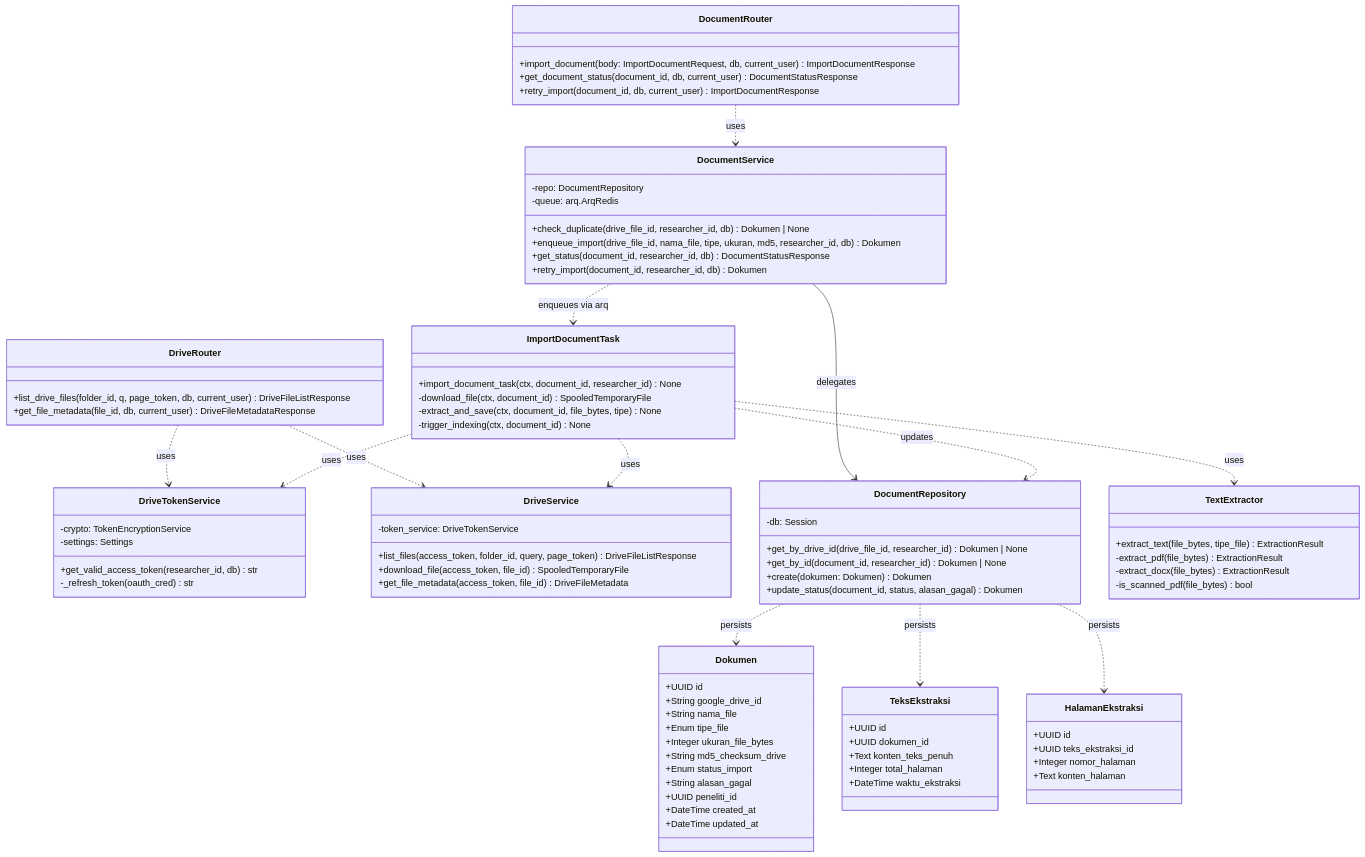
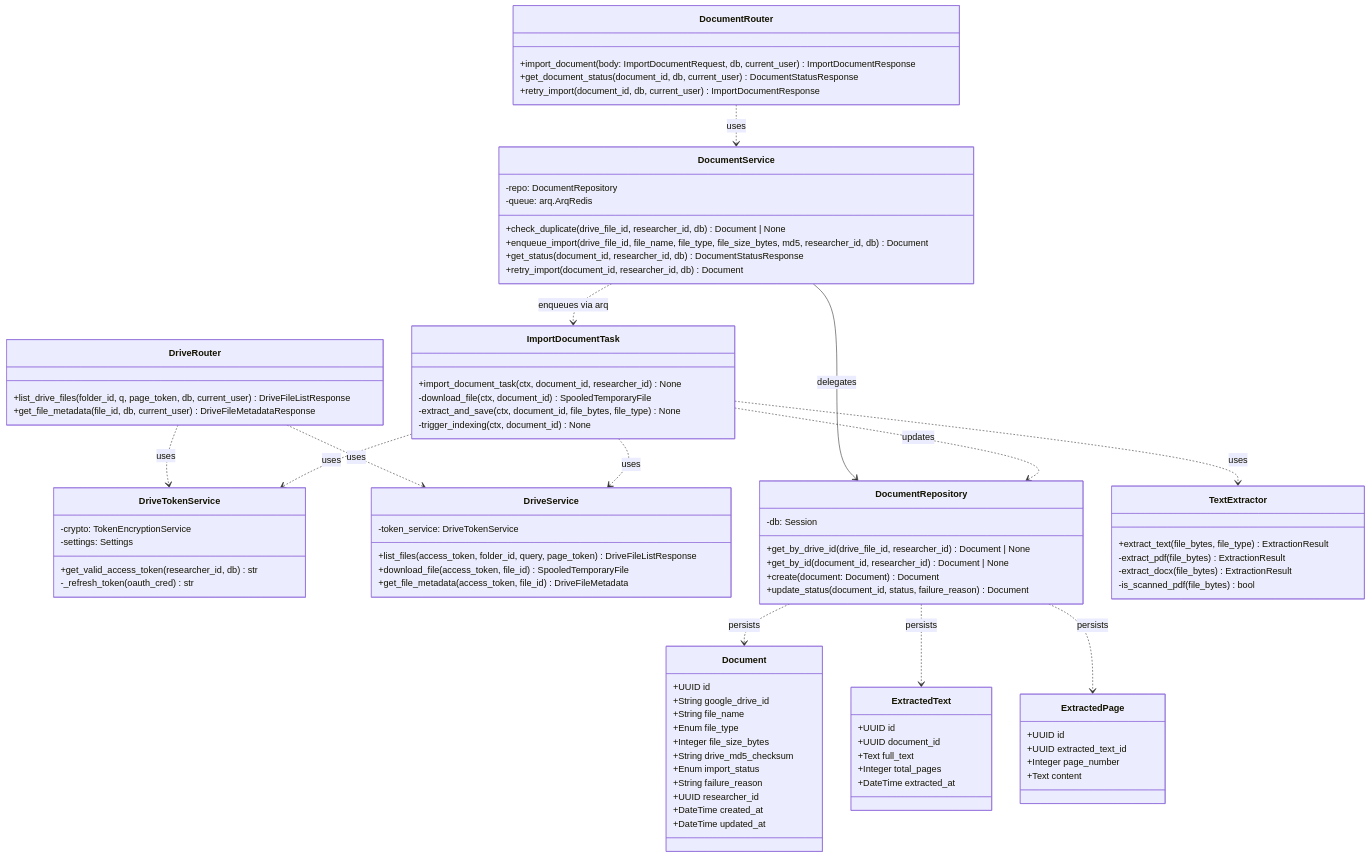
Before and after one commit to Gzaa19/Telaah: the sixth of 6 diagrams in specs/002-drive-document-import/plan.md, drawn with Mermaid. The commit also changed other lines of this file and 5 other files, not shown here.

First line of the commit message:
refactor(specs): standardize UC-02 database models, diagrams, and API contracts to English

````diff
--- a/specs/002-drive-document-import/plan.md
+++ b/specs/002-drive-document-import/plan.md
@@ -328,22 +328,22 @@
     class DocumentService {
         -repo: DocumentRepository
         -queue: arq.ArqRedis
-        +check_duplicate(drive_file_id, researcher_id, db) Dokumen | None
-        +enqueue_import(drive_file_id, nama_file, tipe, ukuran, md5, researcher_id, db) Dokumen
+        +check_duplicate(drive_file_id, researcher_id, db) Document | None
+        +enqueue_import(drive_file_id, file_name, file_type, file_size_bytes, md5, researcher_id, db) Document
         +get_status(document_id, researcher_id, db) DocumentStatusResponse
-        +retry_import(document_id, researcher_id, db) Dokumen
+        +retry_import(document_id, researcher_id, db) Document
     }
 
     class DocumentRepository {
         -db: Session
-        +get_by_drive_id(drive_file_id, researcher_id) Dokumen | None
-        +get_by_id(document_id, researcher_id) Dokumen | None
-        +create(dokumen: Dokumen) Dokumen
-        +update_status(document_id, status, alasan_gagal) Dokumen
+        +get_by_drive_id(drive_file_id, researcher_id) Document | None
+        +get_by_id(document_id, researcher_id) Document | None
+        +create(document: Document) Document
+        +update_status(document_id, status, failure_reason) Document
     }
 
     class TextExtractor {
-        +extract_text(file_bytes, tipe_file) ExtractionResult
+        +extract_text(file_bytes, file_type) ExtractionResult
         -extract_pdf(file_bytes) ExtractionResult
         -extract_docx(file_bytes) ExtractionResult
         -is_scanned_pdf(file_bytes) bool
@@ -352,37 +352,37 @@
     class ImportDocumentTask {
         +import_document_task(ctx, document_id, researcher_id) None
         -download_file(ctx, document_id) SpooledTemporaryFile
-        -extract_and_save(ctx, document_id, file_bytes, tipe) None
+        -extract_and_save(ctx, document_id, file_bytes, file_type) None
         -trigger_indexing(ctx, document_id) None
     }
 
-    class Dokumen {
+    class Document {
         +UUID id
         +String google_drive_id
-        +String nama_file
-        +Enum tipe_file
-        +Integer ukuran_file_bytes
-        +String md5_checksum_drive
-        +Enum status_import
-        +String alasan_gagal
-        +UUID peneliti_id
+        +String file_name
+        +Enum file_type
+        +Integer file_size_bytes
+        +String drive_md5_checksum
+        +Enum import_status
+        +String failure_reason
+        +UUID researcher_id
         +DateTime created_at
         +DateTime updated_at
     }
 
-    class TeksEkstraksi {
+    class ExtractedText {
         +UUID id
-        +UUID dokumen_id
-        +Text konten_teks_penuh
-        +Integer total_halaman
-        +DateTime waktu_ekstraksi
+        +UUID document_id
+        +Text full_text
+        +Integer total_pages
+        +DateTime extracted_at
     }
 
-    class HalamanEkstraksi {
+    class ExtractedPage {
         +UUID id
-        +UUID teks_ekstraksi_id
-        +Integer nomor_halaman
-        +Text konten_halaman
+        +UUID extracted_text_id
+        +Integer page_number
+        +Text content
     }
 
     DriveRouter ..> DriveTokenService : uses
@@ -394,7 +394,7 @@
     ImportDocumentTask ..> DriveTokenService : uses
     ImportDocumentTask ..> TextExtractor : uses
     ImportDocumentTask ..> DocumentRepository : updates
-    DocumentRepository ..> Dokumen : persists
-    DocumentRepository ..> TeksEkstraksi : persists
-    DocumentRepository ..> HalamanEkstraksi : persists
+    DocumentRepository ..> Document : persists
+    DocumentRepository ..> ExtractedText : persists
+    DocumentRepository ..> ExtractedPage : persists
 ```
````
